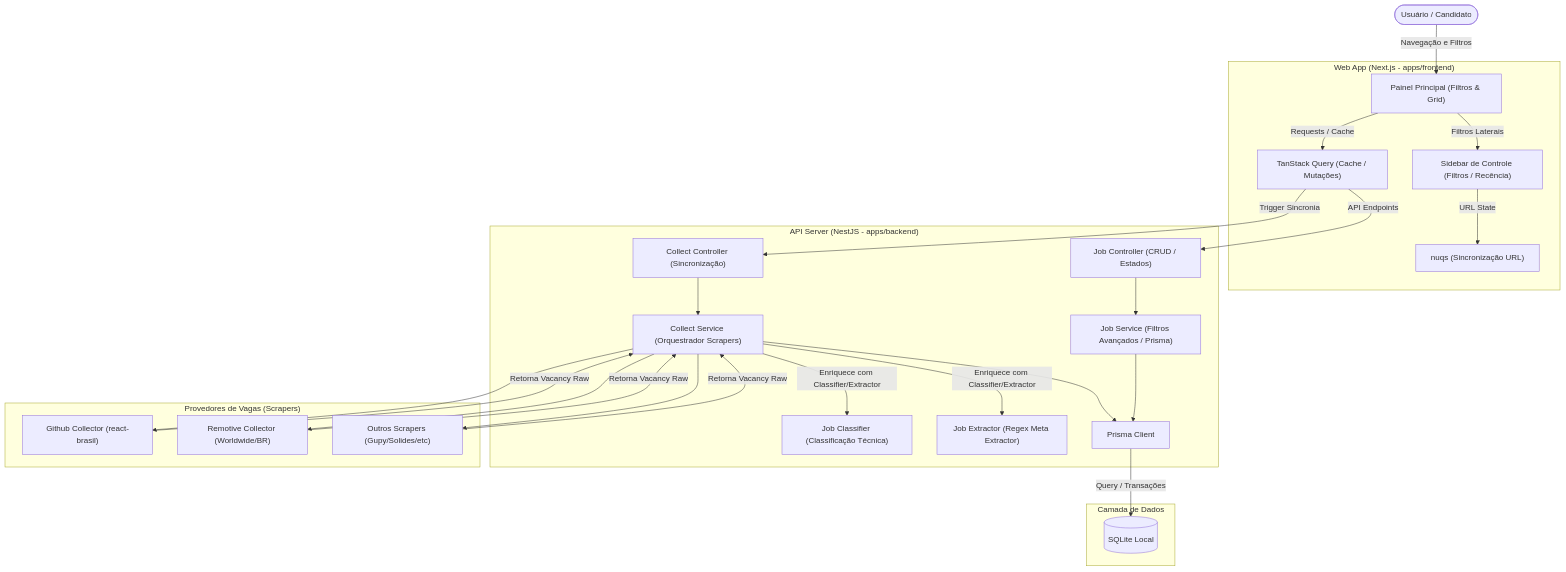
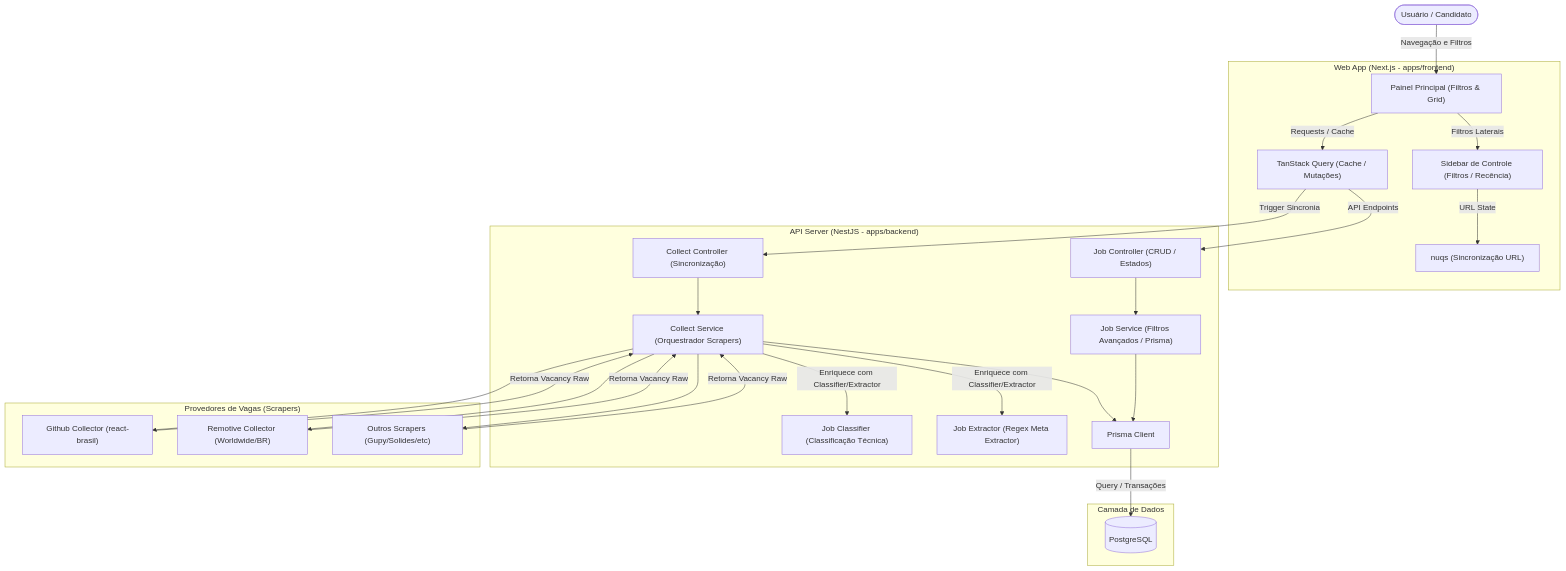
The diagram in README.md (gui-bus/Scout), drawn with Mermaid before and after one commit. The commit also changed other lines of this file and 4 other files, not shown here.

````diff
--- a/README.md
+++ b/README.md
@@ -72,55 +73,55 @@
 ```mermaid
 graph TB
     %% Nodes definition
     User([Usuário / Candidato])
 
     subgraph FrontendApp ["Web App (Next.js - apps/frontend)"]
         Dashboard["Painel Principal (Filtros & Grid)"]
         Sidebar["Sidebar de Controle (Filtros / Recência)"]
         NuqsState["nuqs (Sincronização URL)"]
         ReactQuery["TanStack Query (Cache / Mutações)"]
     end
 
     subgraph BackendAPI ["API Server (NestJS - apps/backend)"]
         JobController["Job Controller (CRUD / Estados)"]
         CollectController["Collect Controller (Sincronização)"]
         JobService["Job Service (Filtros Avançados / Prisma)"]
         CollectService["Collect Service (Orquestrador Scrapers)"]
         Classifier["Job Classifier (Classificação Técnica)"]
         Extractor["Job Extractor (Regex Meta Extractor)"]
         PrismaORM["Prisma Client"]
     end
 
     subgraph Collectors ["Provedores de Vagas (Scrapers)"]
         GithubCollector["Github Collector (react-brasil)"]
         RemotiveCollector["Remotive Collector (Worldwide/BR)"]
         GenericScrapers["Outros Scrapers (Gupy/Solides/etc)"]
     end
 
     subgraph Database ["Camada de Dados"]
-        SQLite[(SQLite Local)]
+        PostgreSQL[(PostgreSQL)]
     end
 
     %% Relations
     User -->|Navegação e Filtros| Dashboard
     Dashboard -->|Filtros Laterais| Sidebar
     Sidebar -->|URL State| NuqsState
     Dashboard -->|Requests / Cache| ReactQuery
 
     ReactQuery -->|"API Endpoints"| JobController
     ReactQuery -->|"Trigger Sincronia"| CollectController
 
     JobController --> JobService
     CollectController --> CollectService
 
     CollectService --> GithubCollector
     CollectService --> RemotiveCollector
     CollectService --> GenericScrapers
 
     GithubCollector & RemotiveCollector & GenericScrapers -->|"Retorna Vacancy Raw"| CollectService
     CollectService -->|"Enriquece com Classifier/Extractor"| Classifier & Extractor
     CollectService --> PrismaORM
 
     JobService --> PrismaORM
-    PrismaORM -->|Query / Transações| SQLite
+    PrismaORM -->|Query / Transações| PostgreSQL
 ```
````
